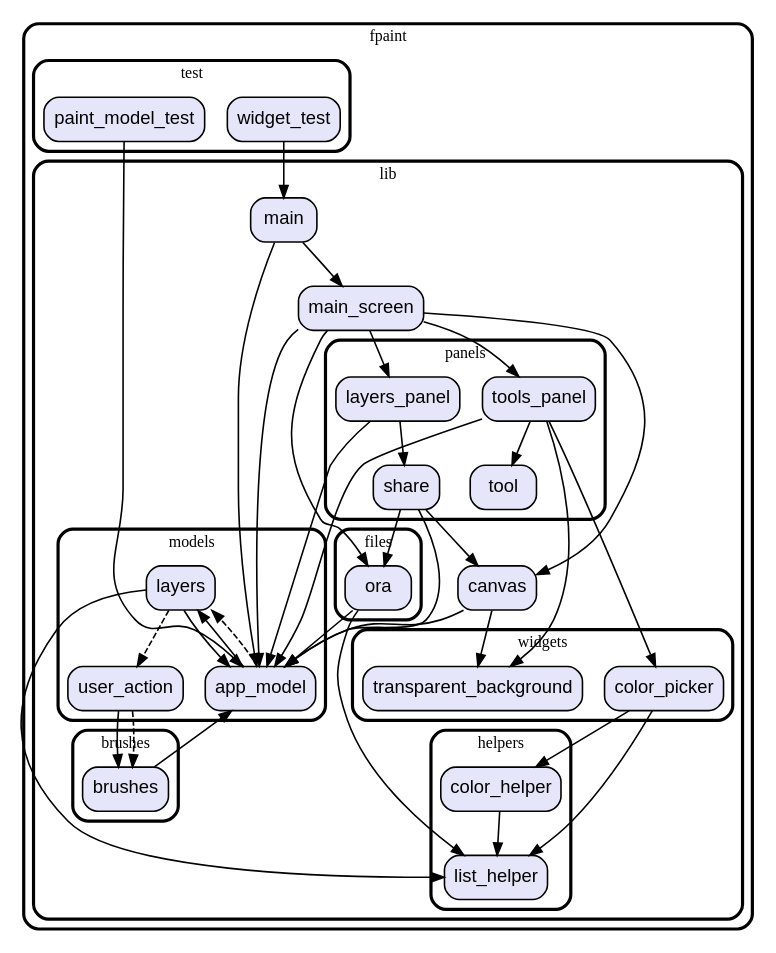
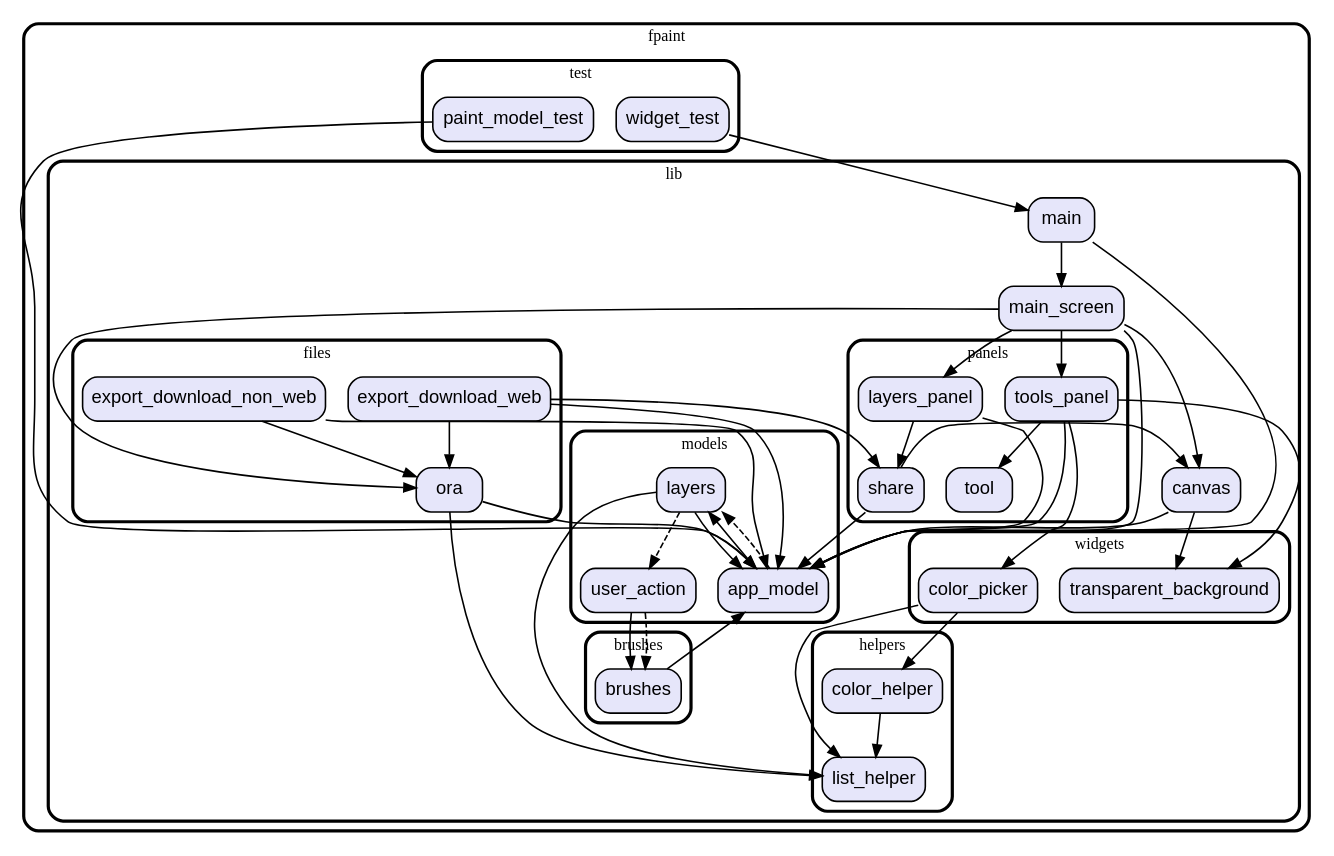
The diagram in graph.dot (vteam-com/fPaint), drawn with Graphviz before and after one commit. The commit also changed 5 other files, not shown here.

Commit message:
split Export Web and NonWeb

```diff
--- a/graph.dot
+++ b/graph.dot
@@ -1,101 +1,109 @@
 digraph "" {
   graph [style=rounded fontname="Arial Black" fontsize=13 penwidth=2.6];
   node [shape=rect style="filled,rounded" fontname=Arial fontsize=15 fillcolor=Lavender penwidth=1.3];
   edge [penwidth=1.3];
   "/test/paint_model_test.dart" [label="paint_model_test"];
   "/test/widget_test.dart" [label="widget_test"];
   "/lib/brushes/brushes.dart" [label="brushes"];
   "/lib/panels/tools_panel.dart" [label="tools_panel"];
   "/lib/panels/layers_panel.dart" [label="layers_panel"];
   "/lib/panels/tool.dart" [label="tool"];
   "/lib/panels/share.dart" [label="share"];
   "/lib/models/layers.dart" [label="layers"];
   "/lib/models/user_action.dart" [label="user_action"];
   "/lib/models/app_model.dart" [label="app_model"];
   "/lib/main.dart" [label="main"];
   "/lib/files/ora.dart" [label="ora"];
+  "/lib/files/export_download_web.dart" [label="export_download_web"];
+  "/lib/files/export_download_non_web.dart" [label="export_download_non_web"];
   "/lib/canvas.dart" [label="canvas"];
   "/lib/main_screen.dart" [label="main_screen"];
   "/lib/helpers/list_helper.dart" [label="list_helper"];
   "/lib/helpers/color_helper.dart" [label="color_helper"];
   "/lib/widgets/transparent_background.dart" [label="transparent_background"];
   "/lib/widgets/color_picker.dart" [label="color_picker"];
   subgraph "cluster~" {
     label="fpaint";
     subgraph "cluster~/test" {
       label="test";
       "/test/paint_model_test.dart";
       "/test/widget_test.dart";
     }
     subgraph "cluster~/lib" {
       label="lib";
       "/lib/main.dart";
       "/lib/canvas.dart";
       "/lib/main_screen.dart";
       subgraph "cluster~/lib/brushes" {
         label="brushes";
         "/lib/brushes/brushes.dart";
       }
       subgraph "cluster~/lib/panels" {
         label="panels";
         "/lib/panels/tools_panel.dart";
         "/lib/panels/layers_panel.dart";
         "/lib/panels/tool.dart";
         "/lib/panels/share.dart";
       }
       subgraph "cluster~/lib/models" {
         label="models";
         "/lib/models/layers.dart";
         "/lib/models/user_action.dart";
         "/lib/models/app_model.dart";
       }
       subgraph "cluster~/lib/files" {
         label="files";
         "/lib/files/ora.dart";
+        "/lib/files/export_download_web.dart";
+        "/lib/files/export_download_non_web.dart";
       }
       subgraph "cluster~/lib/helpers" {
         label="helpers";
         "/lib/helpers/list_helper.dart";
         "/lib/helpers/color_helper.dart";
       }
       subgraph "cluster~/lib/widgets" {
         label="widgets";
         "/lib/widgets/transparent_background.dart";
         "/lib/widgets/color_picker.dart";
       }
     }
   }
   "/test/paint_model_test.dart" -> "/lib/models/app_model.dart";
   "/test/widget_test.dart" -> "/lib/main.dart";
   "/lib/brushes/brushes.dart" -> "/lib/models/app_model.dart";
   "/lib/panels/tools_panel.dart" -> "/lib/models/app_model.dart";
   "/lib/panels/tools_panel.dart" -> "/lib/panels/tool.dart";
   "/lib/panels/tools_panel.dart" -> "/lib/widgets/color_picker.dart";
   "/lib/panels/tools_panel.dart" -> "/lib/widgets/transparent_background.dart";
   "/lib/panels/layers_panel.dart" -> "/lib/models/app_model.dart";
   "/lib/panels/layers_panel.dart" -> "/lib/panels/share.dart";
   "/lib/panels/share.dart" -> "/lib/canvas.dart";
-  "/lib/panels/share.dart" -> "/lib/files/ora.dart";
   "/lib/panels/share.dart" -> "/lib/models/app_model.dart";
   "/lib/models/layers.dart" -> "/lib/helpers/list_helper.dart";
   "/lib/models/layers.dart" -> "/lib/models/app_model.dart";
   "/lib/models/layers.dart" -> "/lib/models/user_action.dart" [style=dashed];
   "/lib/models/user_action.dart" -> "/lib/brushes/brushes.dart";
   "/lib/models/user_action.dart" -> "/lib/brushes/brushes.dart" [style=dashed];
   "/lib/models/app_model.dart" -> "/lib/models/layers.dart";
   "/lib/models/app_model.dart" -> "/lib/models/layers.dart" [style=dashed];
   "/lib/main.dart" -> "/lib/main_screen.dart";
   "/lib/main.dart" -> "/lib/models/app_model.dart";
   "/lib/files/ora.dart" -> "/lib/helpers/list_helper.dart";
   "/lib/files/ora.dart" -> "/lib/models/app_model.dart";
+  "/lib/files/export_download_web.dart" -> "/lib/files/ora.dart";
+  "/lib/files/export_download_web.dart" -> "/lib/models/app_model.dart";
+  "/lib/files/export_download_web.dart" -> "/lib/panels/share.dart";
+  "/lib/files/export_download_non_web.dart" -> "/lib/files/ora.dart";
+  "/lib/files/export_download_non_web.dart" -> "/lib/models/app_model.dart";
   "/lib/canvas.dart" -> "/lib/widgets/transparent_background.dart";
   "/lib/canvas.dart" -> "/lib/models/app_model.dart";
   "/lib/main_screen.dart" -> "/lib/canvas.dart";
   "/lib/main_screen.dart" -> "/lib/files/ora.dart";
   "/lib/main_screen.dart" -> "/lib/panels/layers_panel.dart";
   "/lib/main_screen.dart" -> "/lib/panels/tools_panel.dart";
   "/lib/main_screen.dart" -> "/lib/models/app_model.dart";
   "/lib/helpers/color_helper.dart" -> "/lib/helpers/list_helper.dart";
   "/lib/widgets/color_picker.dart" -> "/lib/helpers/color_helper.dart";
   "/lib/widgets/color_picker.dart" -> "/lib/helpers/list_helper.dart";
 }
```
